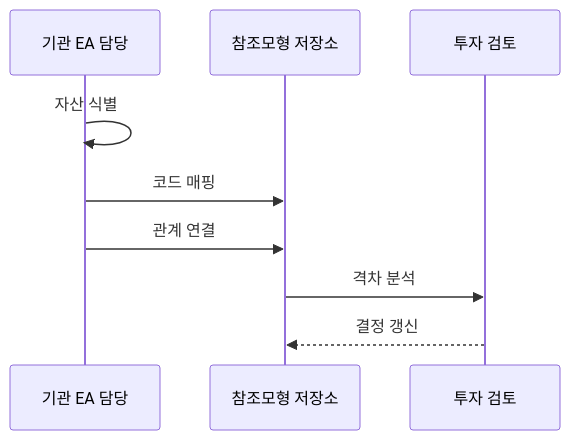
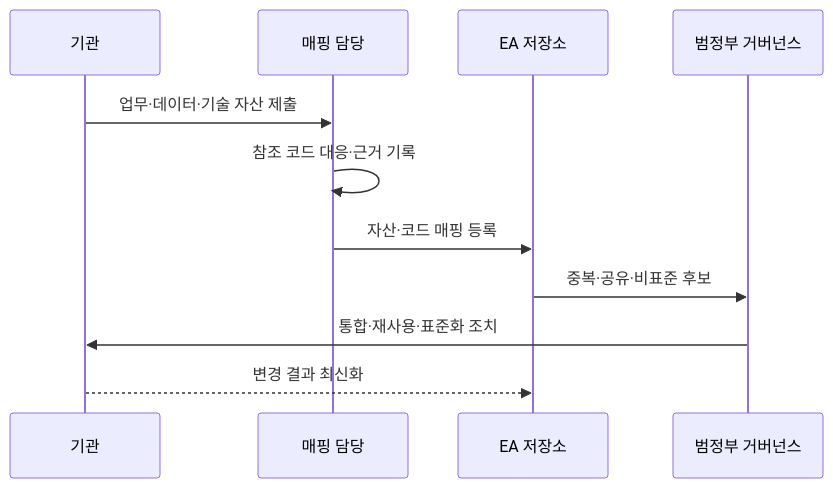
One commit to agnusdei1207/knowledge-base changed the second of 2 diagrams in src/content/docs/notes/03-software/190_government_ea_trm_drm.md. Above: the diagram before and after it, drawn with Mermaid. The commit also changed other lines of this file and 7 other files, not shown here.

````diff
--- a/src/content/docs/notes/03-software/190_government_ea_trm_drm.md
+++ b/src/content/docs/notes/03-software/190_government_ea_trm_drm.md
@@ -77,11 +80,13 @@
 ```mermaid
 sequenceDiagram
-    participant A as 기관 EA 담당
-    participant R as 참조모형 저장소
-    participant G as 투자 검토
-    A->>A: 자산 식별
-    A->>R: 코드 매핑
-    A->>R: 관계 연결
-    R->>G: 격차 분석
-    G-->>R: 결정 갱신
+    participant I as 기관
+    participant M as 매핑 담당
+    participant R as EA 저장소
+    participant G as 범정부 거버넌스
+    I->>M: 업무·데이터·기술 자산 제출
+    M->>M: 참조 코드 대응·근거 기록
+    M->>R: 자산·코드 매핑 등록
+    R->>G: 중복·공유·비표준 후보
+    G->>I: 통합·재사용·표준화 조치
+    I-->>R: 변경 결과 최신화
 ```
````
